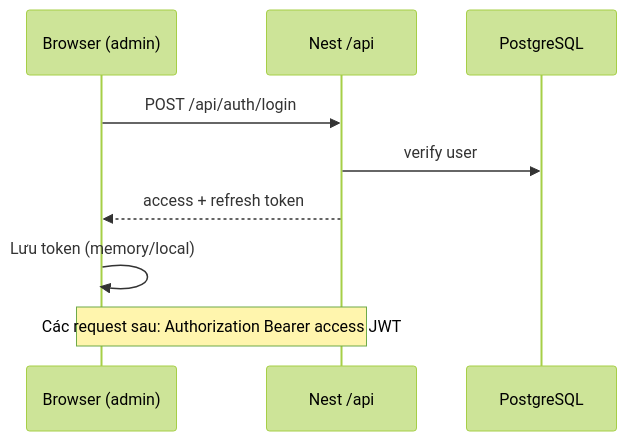
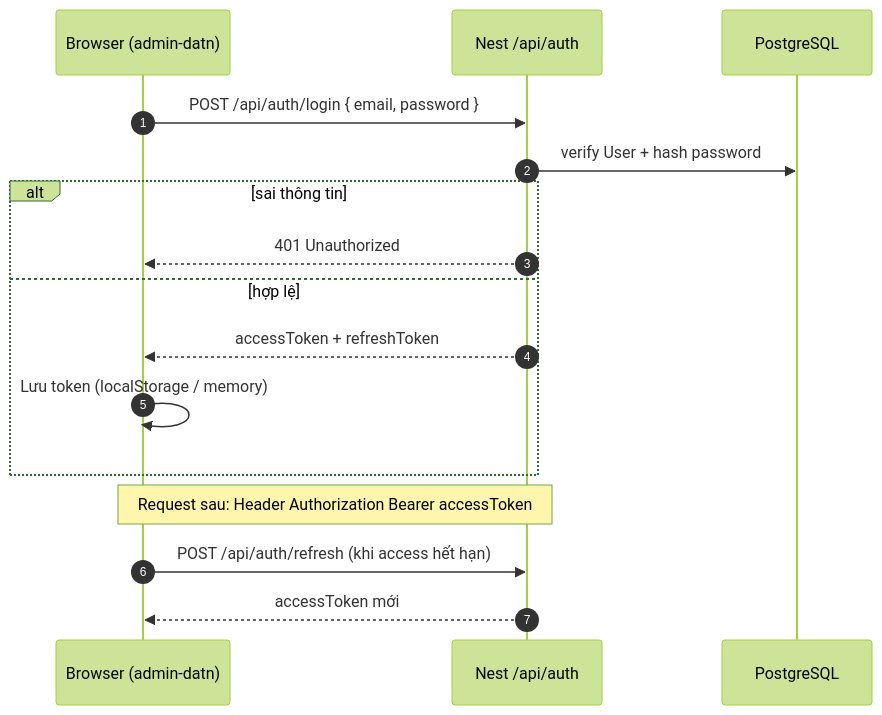
The first of 12 diagrams in docs/project-memory/flows.md (Daviseraaa/tdoan_remote_datn), drawn with Mermaid (forest theme) before and after one commit. The commit also changed other lines of this file and 2003 other files, not shown here.

````diff
--- a/docs/project-memory/flows.md
+++ b/docs/project-memory/flows.md
@@ -9,12 +29,21 @@
 ```mermaid
 sequenceDiagram
-  participant B as Browser (admin)
-  participant API as Nest /api
+  autonumber
+  participant B as Browser (admin-datn)
+  participant API as Nest /api/auth
   participant DB as PostgreSQL
 
-  B->>API: POST /api/auth/login
-  API->>DB: verify user
-  API-->>B: access + refresh token
-  B->>B: Lưu token (memory/local)
-  Note over B,API: Các request sau: Authorization Bearer access JWT
+  B->>API: POST /api/auth/login { email, password }
+  API->>DB: verify User + hash password
+  alt sai thông tin
+    API-->>B: 401 Unauthorized
+  else hợp lệ
+    API-->>B: accessToken + refreshToken
+    B->>B: Lưu token (localStorage / memory)
+  end
+
+  Note over B,API: Request sau: Header Authorization Bearer accessToken
+
+  B->>API: POST /api/auth/refresh (khi access hết hạn)
+  API-->>B: accessToken mới
 ```
````
